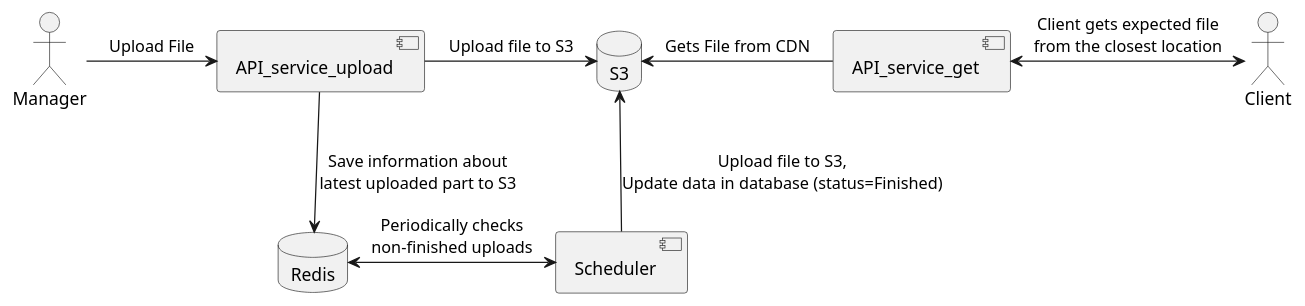
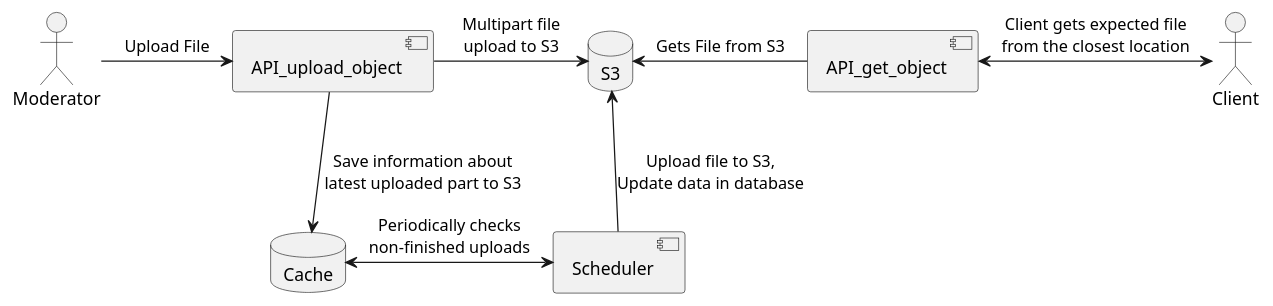
The diagram in architecture/C1.puml (dkarpele/graduate_work), drawn with PlantUML before and after one commit. The commit also changed 3 other files, not shown here.

Commit message:
Update Architecture

```diff
--- a/architecture/C1.puml
+++ b/architecture/C1.puml
@@ -1,23 +1,23 @@
 @startuml
 skinparam componentStyle uml2
 
-actor Manager
+actor Moderator
 actor Client
-component API_service_upload
-component API_service_get
+component API_upload_object
+component API_get_object
 database S3
 
-database Redis
+database Cache
 component Scheduler
 
 
-Manager -right-> API_service_upload: Upload File
+Moderator -right-> API_upload_object: Upload File
 
-API_service_upload -right-> S3: Upload file to S3
-S3 <-right- API_service_get: Gets File from CDN
-API_service_get <-right-> Client: Client gets expected file\nfrom the closest location
-API_service_upload -down-> Redis: Save information about\nlatest uploaded part to S3
-Scheduler <-left-> Redis: Periodically checks\nnon-finished uploads
-Scheduler -up-> S3: Upload file to S3,\nUpdate data in database (status=Finished)
+API_upload_object -right-> S3: Multipart file\nupload to S3
+S3 <-right- API_get_object: Gets File from S3
+API_get_object <-right-> Client: Client gets expected file\nfrom the closest location
+API_upload_object -down-> Cache: Save information about\nlatest uploaded part to S3
+Scheduler <-left-> Cache: Periodically checks\nnon-finished uploads
+Scheduler -up-> S3: Upload file to S3,\nUpdate data in database
 
 @enduml
```
